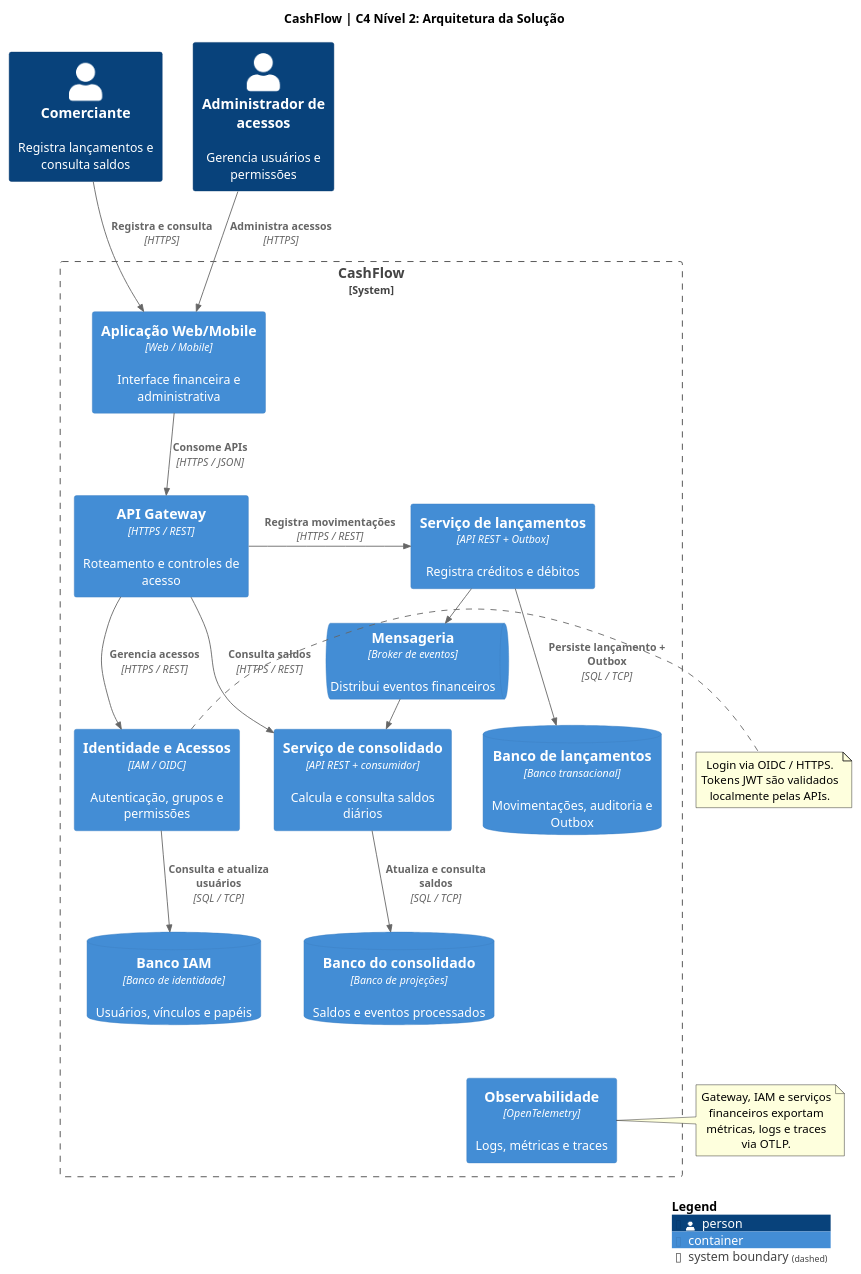
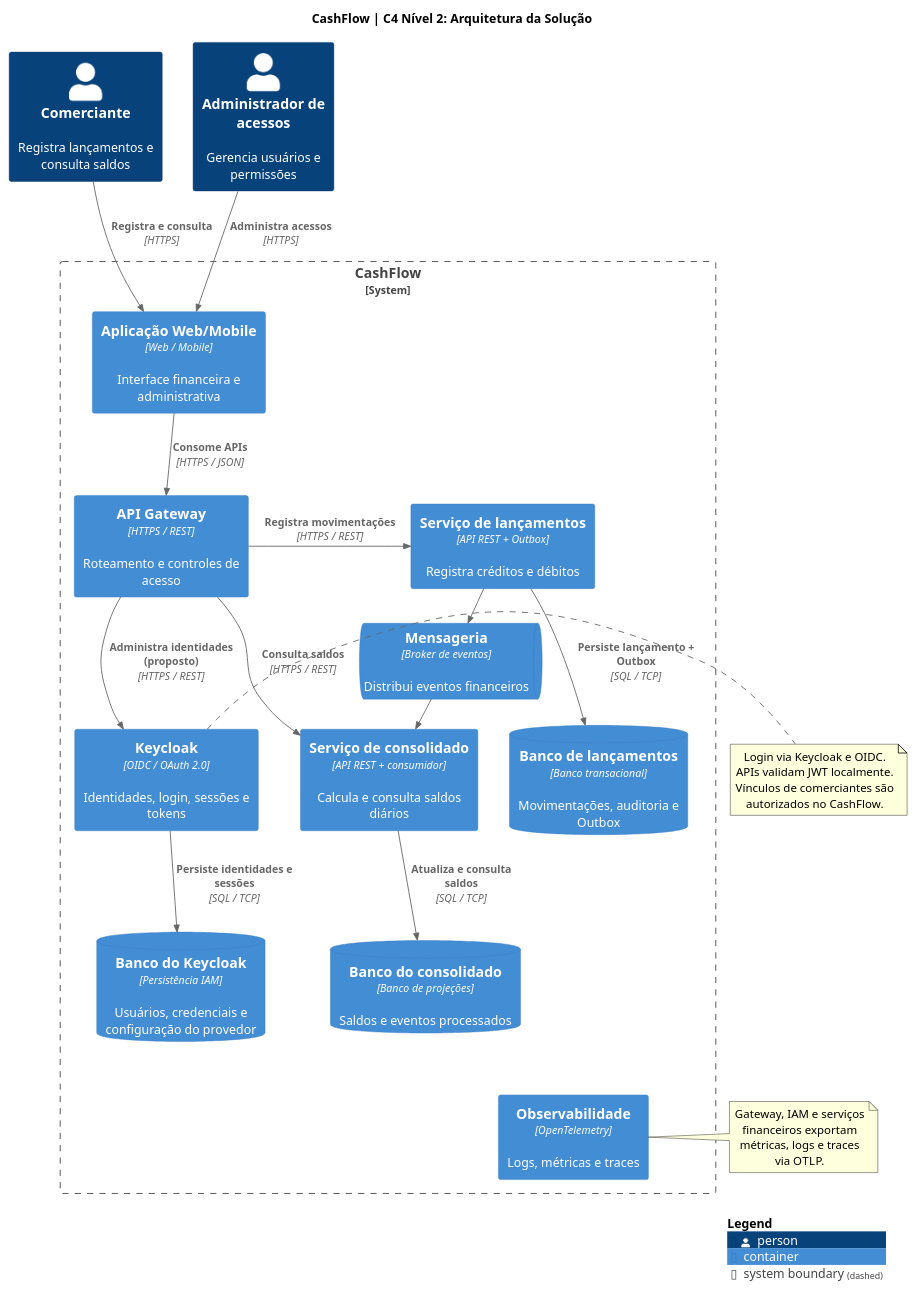
Before and after one commit to wolwerr/CashFlow-Architecture: the diagram in docs/architecture/plantuml/c4-containers.puml, drawn with PlantUML.

Commit message:
docs(architecture): adopt Keycloak and align IAM model, flows and ADR-006 (#7)

```diff
--- a/docs/architecture/plantuml/c4-containers.puml
+++ b/docs/architecture/plantuml/c4-containers.puml
@@ -1,68 +1,69 @@
 @startuml CashFlow_Containers
 !include <C4/C4_Container>
 
 title CashFlow | C4 Nível 2: Arquitetura da Solução
 
 LAYOUT_TOP_DOWN()
 
 Person(comerciante, "Comerciante", "Registra lançamentos e consulta saldos")
 Person(admin, "Administrador de acessos", "Gerencia usuários e permissões")
 
 System_Boundary(cashflow, "CashFlow") {
   Container(web, "Aplicação Web/Mobile", "Web / Mobile", "Interface financeira e administrativa")
   Container(gateway, "API Gateway", "HTTPS / REST", "Roteamento e controles de acesso")
-  Container(iam, "Identidade e Acessos", "IAM / OIDC", "Autenticação, grupos e permissões")
-  ContainerDb(db_iam, "Banco IAM", "Banco de identidade", "Usuários, vínculos e papéis")
+  Container(iam, "Keycloak", "OIDC / OAuth 2.0", "Identidades, login, sessões e tokens")
+  ContainerDb(db_iam, "Banco do Keycloak", "Persistência IAM", "Usuários, credenciais e configuração do provedor")
   Container(lancamentos, "Serviço de lançamentos", "API REST + Outbox", "Registra créditos e débitos")
   ContainerDb(db_lancamentos, "Banco de lançamentos", "Banco transacional", "Movimentações, auditoria e Outbox")
   ContainerQueue(mensageria, "Mensageria", "Broker de eventos", "Distribui eventos financeiros")
   Container(consolidado, "Serviço de consolidado", "API REST + consumidor", "Calcula e consulta saldos diários")
   ContainerDb(db_consolidado, "Banco do consolidado", "Banco de projeções", "Saldos e eventos processados")
   Container(telemetria, "Observabilidade", "OpenTelemetry", "Logs, métricas e traces")
 }
 
 ' Posicionamento principal
 Lay_R(comerciante, admin)
 Lay_D(web, gateway)
 Lay_D(gateway, iam)
 Lay_D(iam, db_iam)
 Lay_R(gateway, lancamentos)
 Lay_D(lancamentos, db_lancamentos)
 Lay_R(lancamentos, mensageria)
 Lay_R(mensageria, consolidado)
 Lay_D(consolidado, db_consolidado)
 Lay_D(db_consolidado, telemetria)
 
 ' Atores e canais
 Rel(comerciante, web, "Registra e consulta", "HTTPS")
 Rel(admin, web, "Administra acessos", "HTTPS")
 Rel_D(web, gateway, "Consome APIs", "HTTPS / JSON")
 
 ' Identidade
-Rel_D(gateway, iam, "Gerencia acessos", "HTTPS / REST")
-Rel_D(iam, db_iam, "Consulta e atualiza usuários", "SQL / TCP")
+Rel_D(gateway, iam, "Administra identidades (proposto)", "HTTPS / REST")
+Rel_D(iam, db_iam, "Persiste identidades e sessões", "SQL / TCP")
 
 ' Fluxo financeiro
 Rel_R(gateway, lancamentos, "Registra movimentações", "HTTPS / REST")
 Rel_D(lancamentos, db_lancamentos, "Persiste lançamento + Outbox", "SQL / TCP")
 Rel_R(lancamentos, mensageria, "Publica eventos", "AMQP")
 Rel_R(mensageria, consolidado, "Entrega eventos", "AMQP")
 Rel_D(consolidado, db_consolidado, "Atualiza e consulta saldos", "SQL / TCP")
 Rel(gateway, consolidado, "Consulta saldos", "HTTPS / REST")
 
 ' Integrações transversais apresentadas em notas
 note right of iam
-  Login via OIDC / HTTPS.
-  Tokens JWT são validados
-  localmente pelas APIs.
+  Login via Keycloak e OIDC.
+  APIs validam JWT localmente.
+  Vínculos de comerciantes são
+  autorizados no CashFlow.
 end note
 
 note right of telemetria
   Gateway, IAM e serviços
   financeiros exportam
   métricas, logs e traces
   via OTLP.
 end note
 
 SHOW_LEGEND()
 @enduml
```
